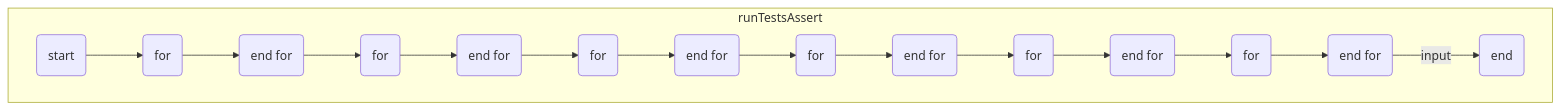
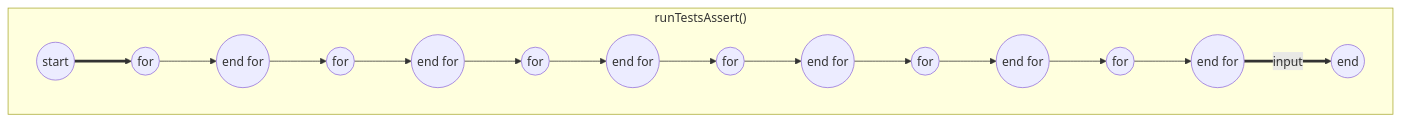
Before and after one commit to AlbelNox/EAN-Progamm: the first of 8 diagrams in Walkthrough.md, drawn with Mermaid. The commit also changed other lines of this file, not shown here.

First line of the commit message:
amend Controll Flow Graphs

````diff
--- a/Walkthrough.md
+++ b/Walkthrough.md
@@ -94,18 +94,18 @@
 ```mermaid
 graph TD
-subgraph "runTestsAssert"
-A(start) --> B(for)
-B --> C(end for)
-C --> D(for)
-D --> E(end for)
-E --> F(for)
-F --> G(end for)
-G --> H(for)
-H --> I(end for)
-I --> J(for)
-J --> K(end for)
-K --> L(for)
-L --> M(end for)
-M -->|input| N(end)
+subgraph "runTestsAssert()"
+A((start)) ==> B((for))
+B --> C((end for))
+C --> D((for))
+D --> E((end for))
+E --> F((for))
+F --> G((end for))
+G --> H((for))
+H --> I((end for))
+I --> J((for))
+J --> K((end for))
+K --> L((for))
+L --> M((end for))
+M ==>|input| N((end))
 end
 ```
````
